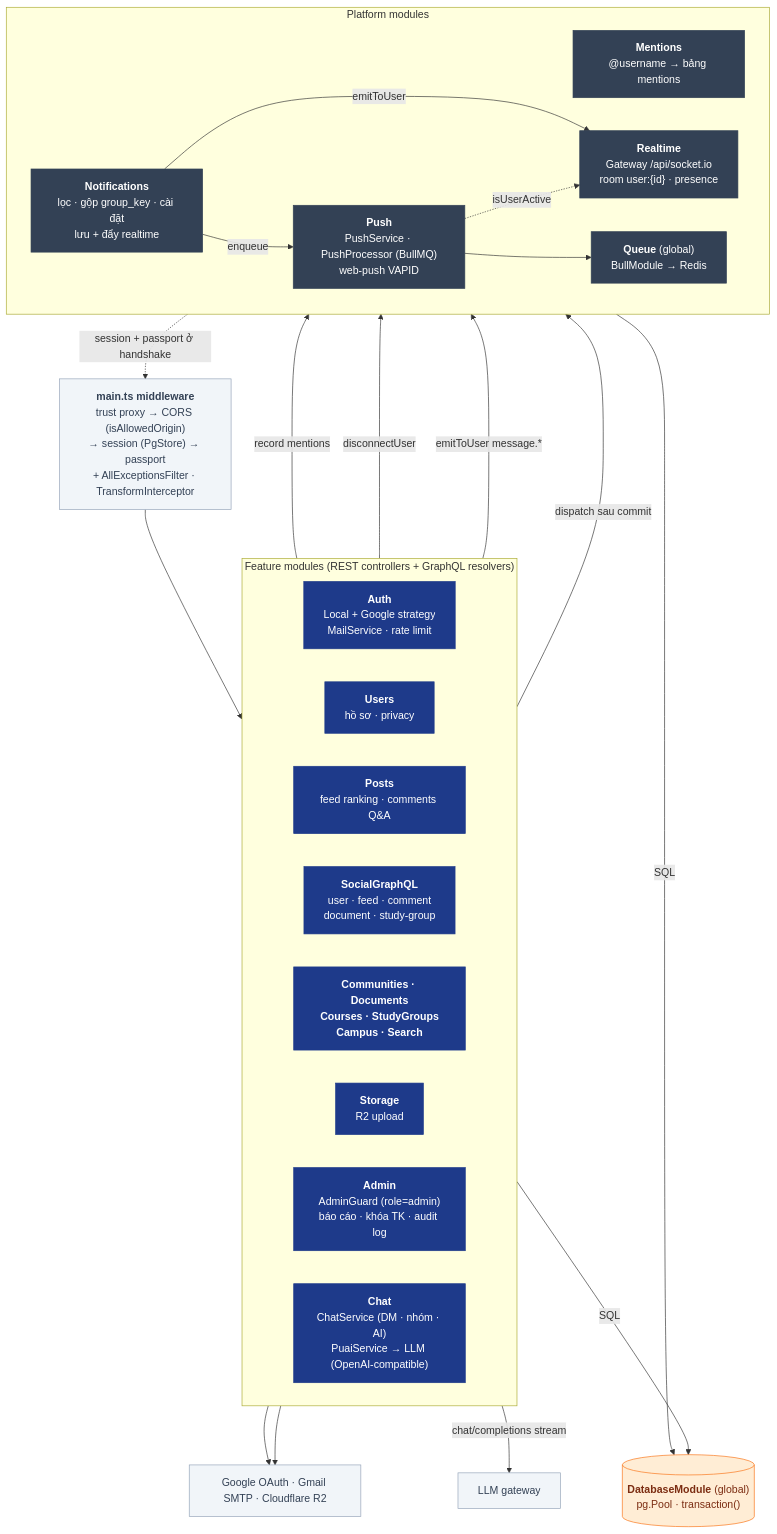
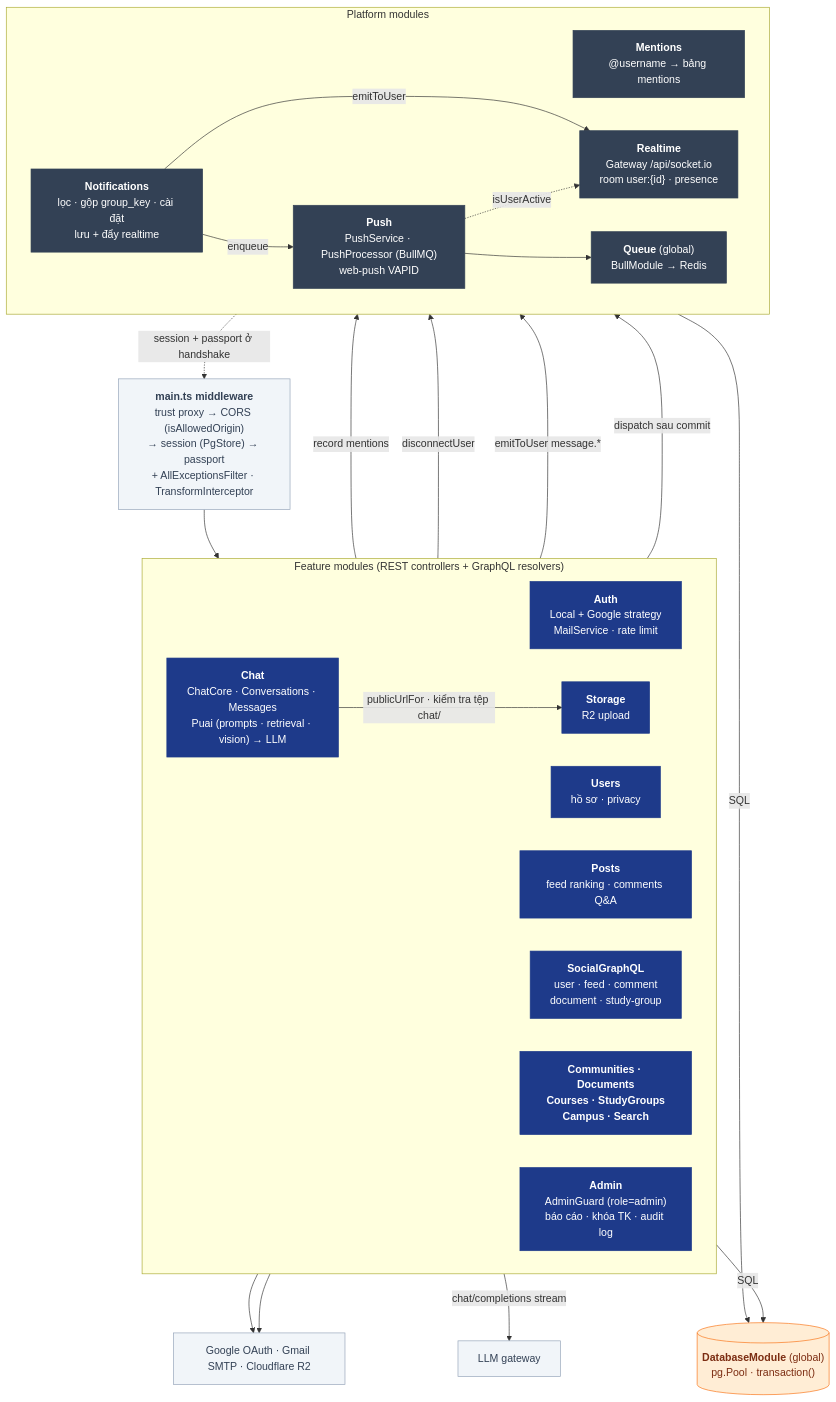
One commit to nhatcoi/pu-connect changed the diagram in docs/diagrams/03-api-components.md. Above: the diagram before and after it, drawn with Mermaid. The commit also changed other lines of this file and 5 other files, not shown here.

Commit message:
docs: chat P2 and PU AI study modes, diagrams and ERD

````diff
--- a/docs/diagrams/03-api-components.md
+++ b/docs/diagrams/03-api-components.md
@@ -7,50 +7,51 @@
 ```mermaid
 flowchart TB
   mw["<b>main.ts middleware</b><br/>trust proxy → CORS (isAllowedOrigin)<br/>→ session (PgStore) → passport<br/>+ AllExceptionsFilter · TransformInterceptor"]
 
   subgraph Feature["Feature modules (REST controllers + GraphQL resolvers)"]
     direction LR
     auth["<b>Auth</b><br/>Local + Google strategy<br/>MailService · rate limit"]
     users["<b>Users</b><br/>hồ sơ · privacy"]
     posts["<b>Posts</b><br/>feed ranking · comments Q&A"]
     gql["<b>SocialGraphQL</b><br/>user · feed · comment<br/>document · study-group"]
     others["<b>Communities · Documents<br/>Courses · StudyGroups<br/>Campus · Search</b>"]
     storage["<b>Storage</b><br/>R2 upload"]
     admin["<b>Admin</b><br/>AdminGuard (role=admin)<br/>báo cáo · khóa TK · audit log"]
-    chat["<b>Chat</b><br/>ChatService (DM · nhóm · AI)<br/>PuaiService → LLM (OpenAI-compatible)"]
+    chat["<b>Chat</b><br/>ChatCore · Conversations · Messages<br/>Puai (prompts · retrieval · vision) → LLM"]
   end
 
   subgraph Platform["Platform modules"]
     direction LR
     mentions["<b>Mentions</b><br/>@username → bảng mentions"]
     notif["<b>Notifications</b><br/>lọc · gộp group_key · cài đặt<br/>lưu + đẩy realtime"]
     rt["<b>Realtime</b><br/>Gateway /api/socket.io<br/>room user:{id} · presence"]
     push["<b>Push</b><br/>PushService · PushProcessor (BullMQ)<br/>web-push VAPID"]
     queue["<b>Queue</b> (global)<br/>BullModule → Redis"]
   end
 
   db[("<b>DatabaseModule</b> (global)<br/>pg.Pool · transaction()")]
   ext["Google OAuth · Gmail SMTP · Cloudflare R2"]
 
   mw --> Feature
   posts -->|record mentions| mentions
   Feature -->|dispatch sau commit| notif -->|emitToUser| rt
   notif -->|enqueue| push --> queue
   push -. isUserActive .-> rt
   rt -. session + passport ở handshake .-> mw
   Feature -->|SQL| db
   Platform -->|SQL| db
   auth & storage --> ext
   admin -->|disconnectUser| rt
   chat -->|emitToUser message.*| rt
   chat -->|chat/completions stream| llm["LLM gateway"]
+  chat -->|publicUrlFor · kiểm tra tệp chat/| storage
 
   classDef mod fill:#1e3a8a,stroke:#1e3a8a,color:#fff
   classDef plat fill:#334155,stroke:#334155,color:#fff
   classDef store fill:#ffedd5,stroke:#f97316,color:#7c2d12
   classDef external fill:#f1f5f9,stroke:#94a3b8,color:#334155
   class auth,users,posts,communities,others,storage,gql,admin,chat mod
   class mentions,notif,rt,push,queue plat
   class db store
   class ext,mw,llm external
 ```
````
